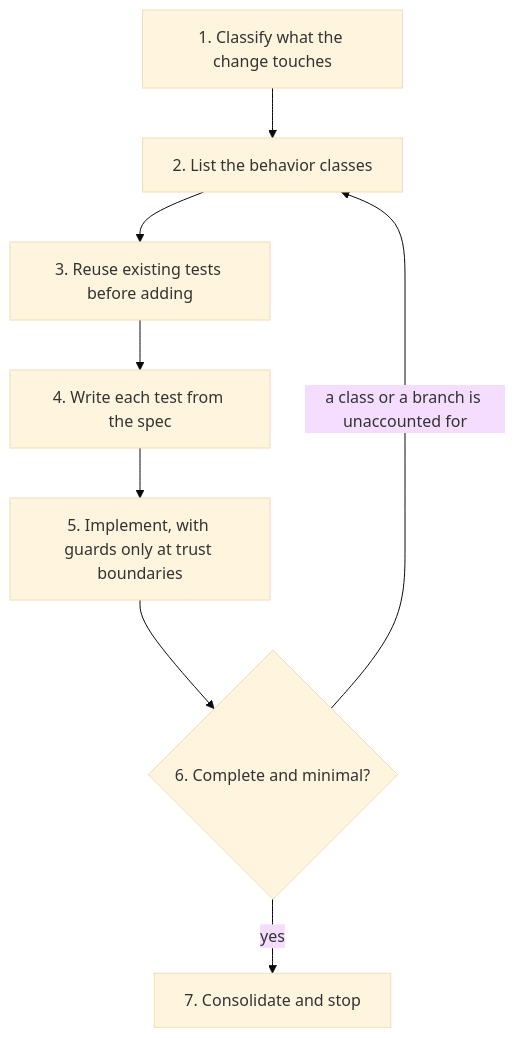
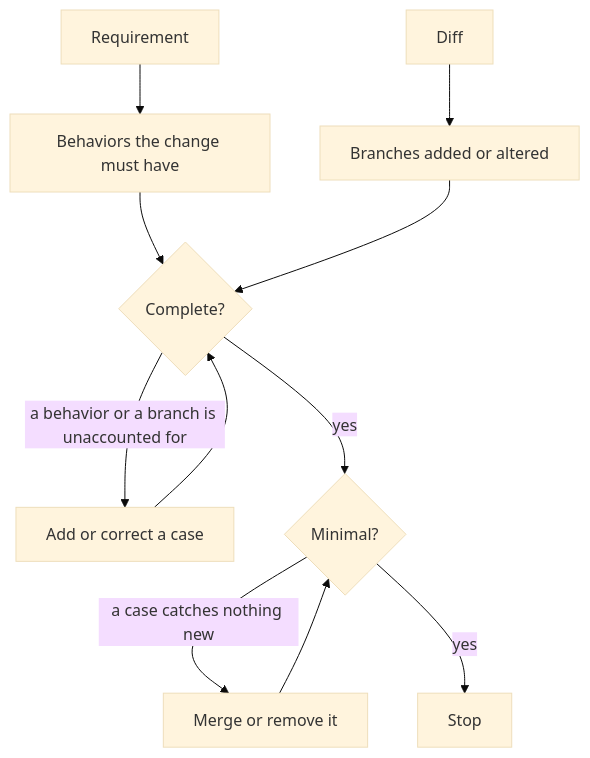
Before and after one commit to bqp007/concord-skill-lean-testing: the diagram in README.md, drawn with Mermaid (base theme). The commit also changed other lines of this file and 1 other file, not shown here.

````diff
--- a/README.md
+++ b/README.md
@@ -39,10 +39,13 @@
 ```mermaid
 flowchart TD
-    A[1. Classify what the change touches] --> B[2. List the behavior classes]
-    B --> C[3. Reuse existing tests before adding]
-    C --> D[4. Write each test from the spec]
-    D --> E[5. Implement, with guards only at trust boundaries]
-    E --> F{6. Complete and minimal?}
-    F -- a class or a branch is unaccounted for --> B
-    F -- yes --> G[7. Consolidate and stop]
+    R[Requirement] --> B[Behaviors the change must have]
+    D[Diff] --> BR[Branches added or altered]
+    B --> C{Complete?}
+    BR --> C
+    C -- a behavior or a branch is unaccounted for --> T[Add or correct a case]
+    T --> C
+    C -- yes --> M{Minimal?}
+    M -- a case catches nothing new --> X[Merge or remove it]
+    X --> M
+    M -- yes --> S[Stop]
 ```
````
